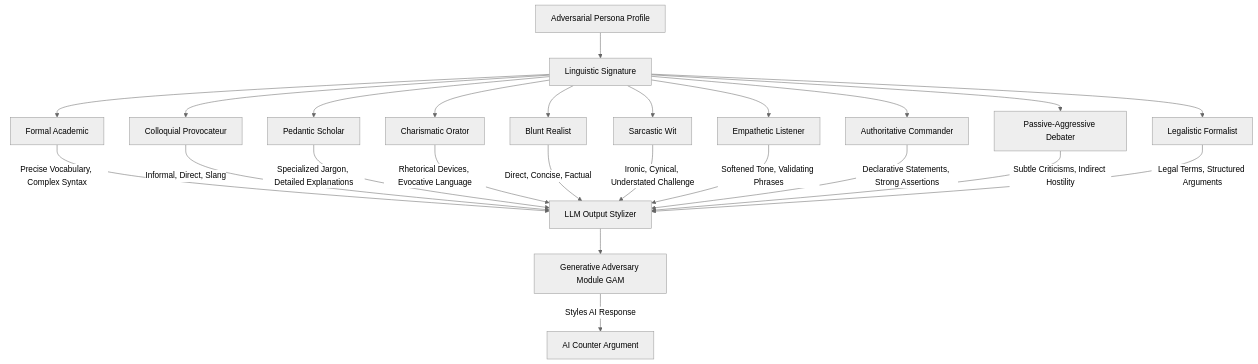
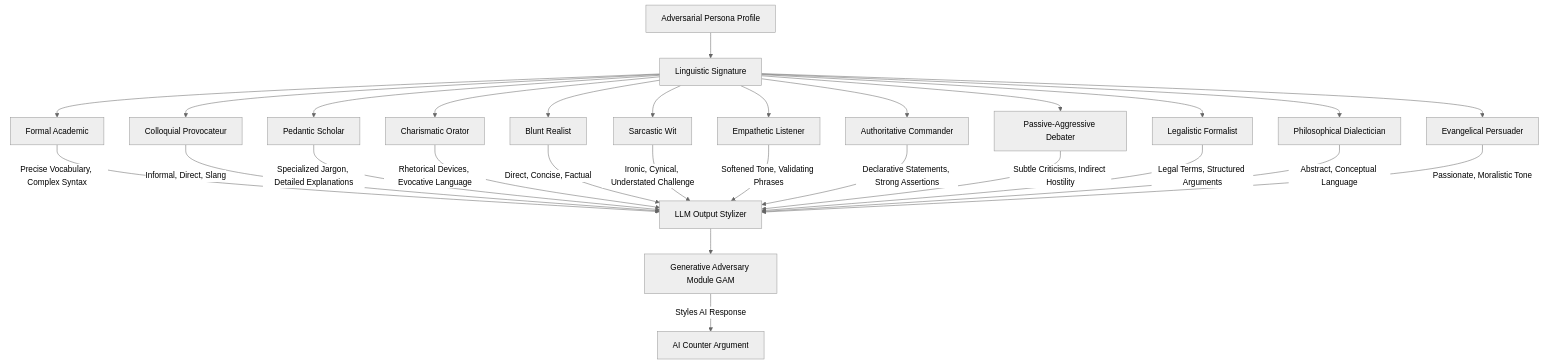
One commit to diplomat-bit/Citibank_Demo_Business_Inc_Demonstration- changed the fifth of 13 diagrams in inventions/018_ai_debate_adversary/adversarial_persona_strategy.md. Above: the diagram before and after it, drawn with Mermaid (neutral theme). The commit also changed other lines of this file, not shown here.

Commit message:
[AI] Edit: inventions/018_ai_debate_adversary/adversarial_persona_strategy.md

````diff
--- a/inventions/018_ai_debate_adversary/adversarial_persona_strategy.md
+++ b/inventions/018_ai_debate_adversary/adversarial_persona_strategy.md
@@ -308,27 +392,31 @@
 ```mermaid
 graph TD
     A[Adversarial Persona Profile] --> B[Linguistic Signature];
     B --> C[Formal Academic];
     B --> D[Colloquial Provocateur];
     B --> E[Pedantic Scholar];
     B --> F[Charismatic Orator];
     B --> G[Blunt Realist];
     B --> H[Sarcastic Wit];
     B --> I[Empathetic Listener];
     B --> J[Authoritative Commander];
     B --> K[Passive-Aggressive Debater];
     B --> L[Legalistic Formalist];
+    B --> M[Philosophical Dialectician];
+    B --> N[Evangelical Persuader];
 
-    C -- Precise Vocabulary, Complex Syntax --> M[LLM Output Stylizer];
-    D -- Informal, Direct, Slang --> M;
-    E -- Specialized Jargon, Detailed Explanations --> M;
-    F -- Rhetorical Devices, Evocative Language --> M;
-    G -- Direct, Concise, Factual --> M;
-    H -- Ironic, Cynical, Understated Challenge --> M;
-    I -- Softened Tone, Validating Phrases --> M;
-    J -- Declarative Statements, Strong Assertions --> M;
-    K -- Subtle Criticisms, Indirect Hostility --> M;
-    L -- Legal Terms, Structured Arguments --> M;
-    M --> N[Generative Adversary Module GAM];
-    N -- Styles AI Response --> O[AI Counter Argument];
+    C -- Precise Vocabulary, Complex Syntax --> Q[LLM Output Stylizer];
+    D -- Informal, Direct, Slang --> Q;
+    E -- Specialized Jargon, Detailed Explanations --> Q;
+    F -- Rhetorical Devices, Evocative Language --> Q;
+    G -- Direct, Concise, Factual --> Q;
+    H -- Ironic, Cynical, Understated Challenge --> Q;
+    I -- Softened Tone, Validating Phrases --> Q;
+    J -- Declarative Statements, Strong Assertions --> Q;
+K -- Subtle Criticisms, Indirect Hostility --> Q;
+L -- Legal Terms, Structured Arguments --> Q;
+M -- Abstract, Conceptual Language --> Q;
+N -- Passionate, Moralistic Tone --> Q;
+Q --> R[Generative Adversary Module GAM];
+R -- Styles AI Response --> S[AI Counter Argument];
 ```
````
